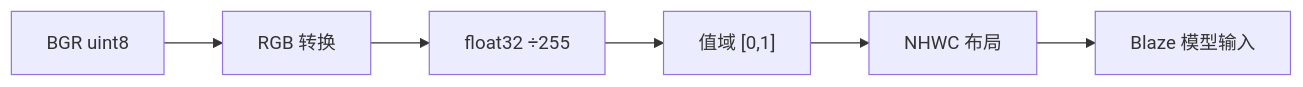
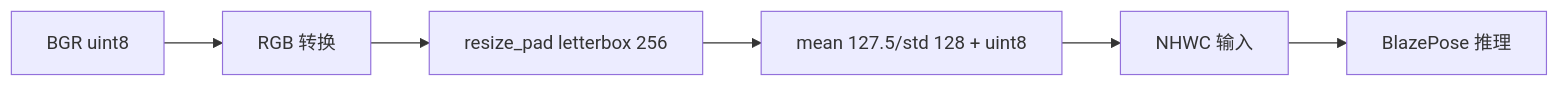
One commit to aibittek/course_generate_agent changed the third of 8 diagrams in courses/sheet1/robot_vision/_parts/experiment-9.md. Above: the diagram before and after it, drawn with Mermaid. The commit also changed other lines of this file and 98 other files, not shown here.

````diff
--- a/courses/sheet1/robot_vision/_parts/experiment-9.md
+++ b/courses/sheet1/robot_vision/_parts/experiment-9.md
@@ -201,8 +209,8 @@
 ```mermaid
 graph LR
     A[BGR uint8] --> B[RGB 转换]
-    B --> C[float32 ÷255]
-    C --> D["值域 [0,1]"]
-    D --> E[NHWC 布局]
-    E --> F[Blaze 模型输入]
+    B --> C[resize_pad letterbox 256]
+    C --> D["mean 127.5/std 128 + uint8"]
+    D --> E[NHWC 输入]
+    E --> F[BlazePose 推理]
 ```
````
